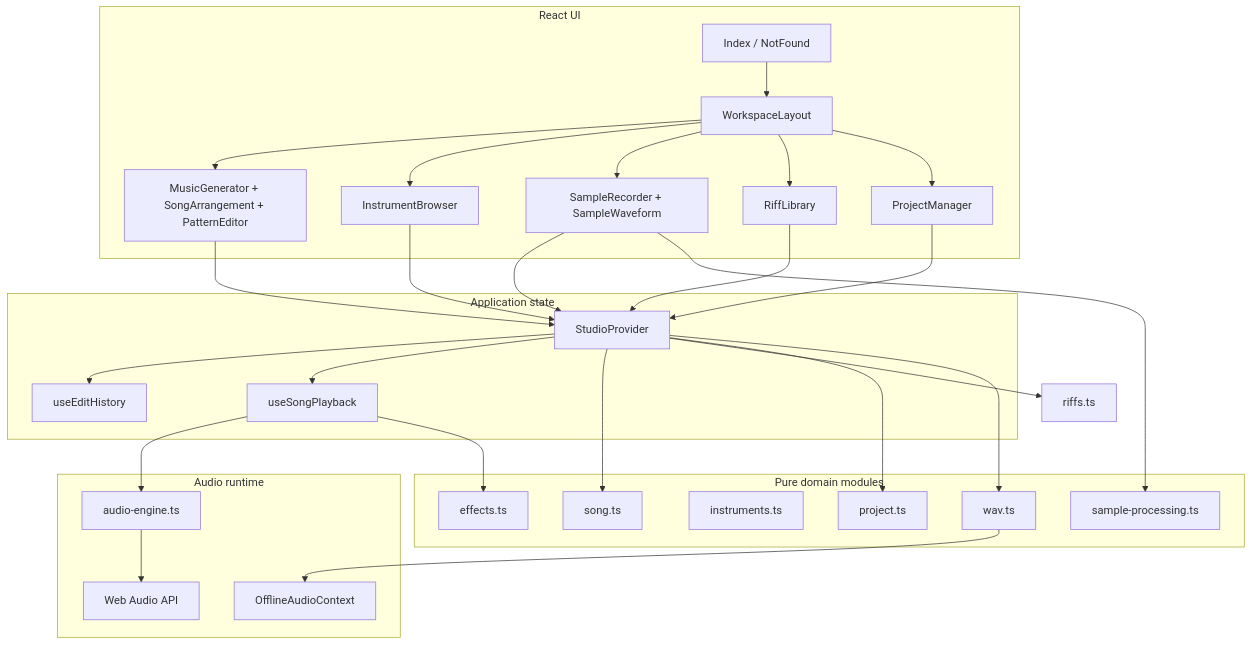
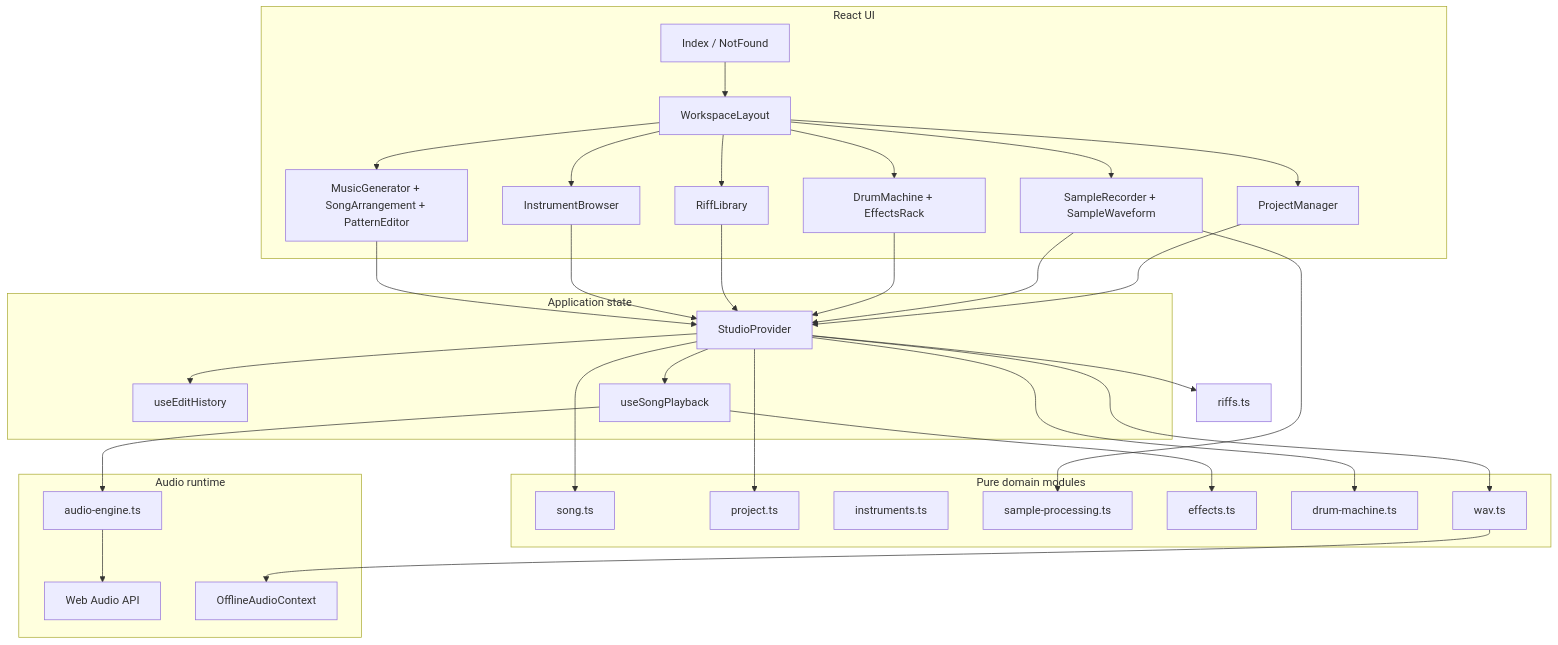
One commit to ones-is-lord/chipboy-studio changed the first of 3 diagrams in docs/ARCHITECTURE.md. Above: the diagram before and after it, drawn with Mermaid. The commit also changed other lines of this file and 36 other files, not shown here.

Commit message:
Add Beat Lab, expanded riffs and FX rack for 1.3.0

````diff
--- a/docs/ARCHITECTURE.md
+++ b/docs/ARCHITECTURE.md
@@ -27,56 +27,61 @@
 ```mermaid
 flowchart TB
   subgraph UI["React UI"]
     Pages[Index / NotFound]
     Workspace[WorkspaceLayout]
     SongMaker[MusicGenerator + SongArrangement + PatternEditor]
     Instruments[InstrumentBrowser]
     Sampler[SampleRecorder + SampleWaveform]
     Riffs[RiffLibrary]
+    BeatLab[DrumMachine + EffectsRack]
     Projects[ProjectManager]
   end
 
   subgraph State["Application state"]
     Provider[StudioProvider]
     History[useEditHistory]
     Playback[useSongPlayback]
   end
 
   subgraph Domain["Pure domain modules"]
     Song[song.ts]
     Project[project.ts]
     InstrumentsLib[instruments.ts]
     Processing[sample-processing.ts]
     Effects[effects.ts]
+    DrumMachine[drum-machine.ts]
     Wav[wav.ts]
   end
 
   subgraph Audio["Audio runtime"]
     Engine[audio-engine.ts]
     WebAudio[Web Audio API]
     Offline[OfflineAudioContext]
   end
 
   Pages --> Workspace
   Workspace --> SongMaker
   Workspace --> Instruments
   Workspace --> Sampler
   Workspace --> Riffs
+  Workspace --> BeatLab
   Workspace --> Projects
   SongMaker --> Provider
   Instruments --> Provider
   Riffs --> Provider
+  BeatLab --> Provider
   Sampler --> Provider
   Projects --> Provider
   Provider --> History
   Provider --> Playback
   Playback --> Engine
   Engine --> WebAudio
   Provider --> Song
   Provider --> RiffsLib[riffs.ts]
+  Provider --> DrumMachine
   Provider --> Project
   Sampler --> Processing
   Playback --> Effects
   Provider --> Wav
   Wav --> Offline
 ```
````
